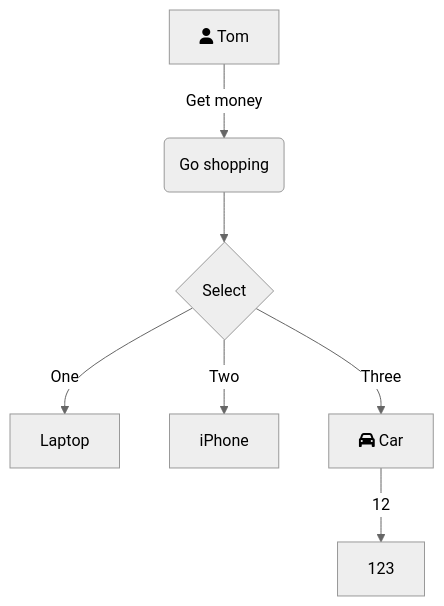
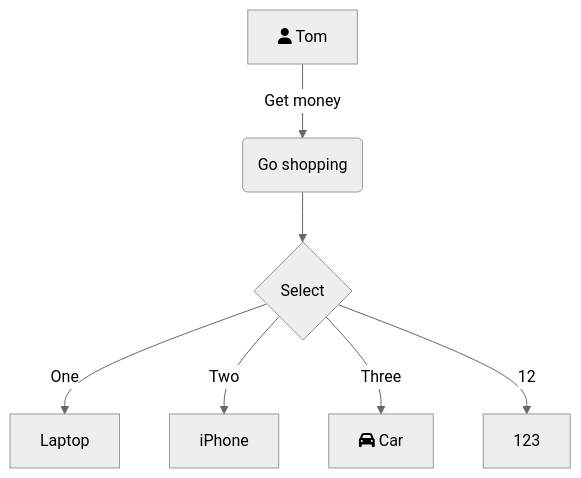
One commit to zhuzhai66/iodraw-files changed the diagram in all/未命名.md. Above: the diagram before and after it, drawn with Mermaid (neutral theme).

Commit message:
2026-02-27 14:57:44 update

````diff
--- a/all/未命名.md
+++ b/all/未命名.md
@@ -1,9 +1,9 @@
 ```mermaid
 graph TD
     A[fa:fa-user Tom] -->|Get money| B(Go shopping)
     B --> C{Select}
     C -->|One| D[Laptop]
     C -->|Two| E[iPhone]
     C -->|Three| F[fa:fa-car Car]
-    -->|12|g[123]
+    C-->|12|g[123]
 ```
````
